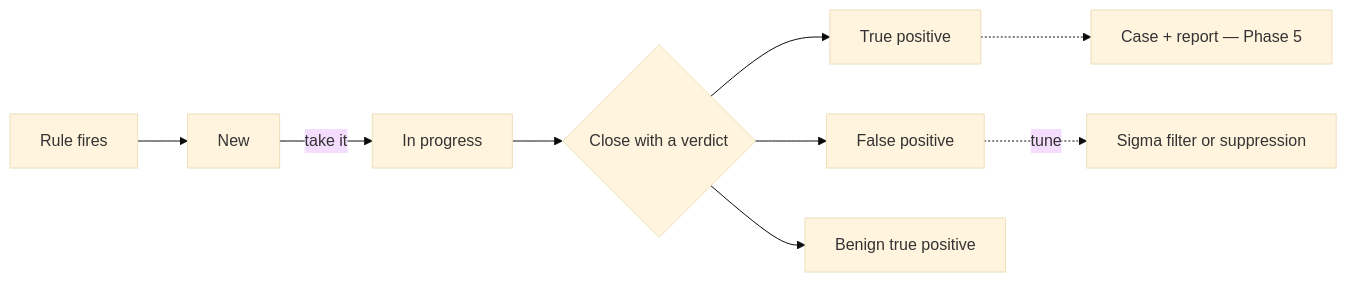
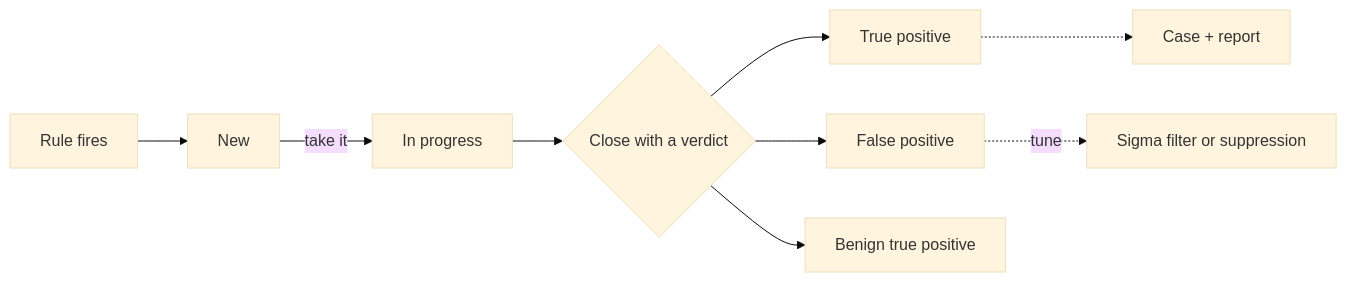
The diagram in docs/triage-workflow.md (Tamimsharif83/threatlens), drawn with Mermaid (base theme) before and after one commit. The commit also changed other lines of this file and 5 other files, not shown here.

````diff
--- a/docs/triage-workflow.md
+++ b/docs/triage-workflow.md
@@ -5,11 +5,11 @@
 ```mermaid
 flowchart LR
   F[Rule fires] --> N[New]
   N -->|take it| P[In progress]
   P --> C{Close with a verdict}
   C --> TP[True positive]
   C --> FP[False positive]
   C --> BTP[Benign true positive]
   FP -.->|tune| T[Sigma filter or suppression]
-  TP -.-> K[Case + report — Phase 5]
+  TP -.-> K[Case + report]
 ```
````
